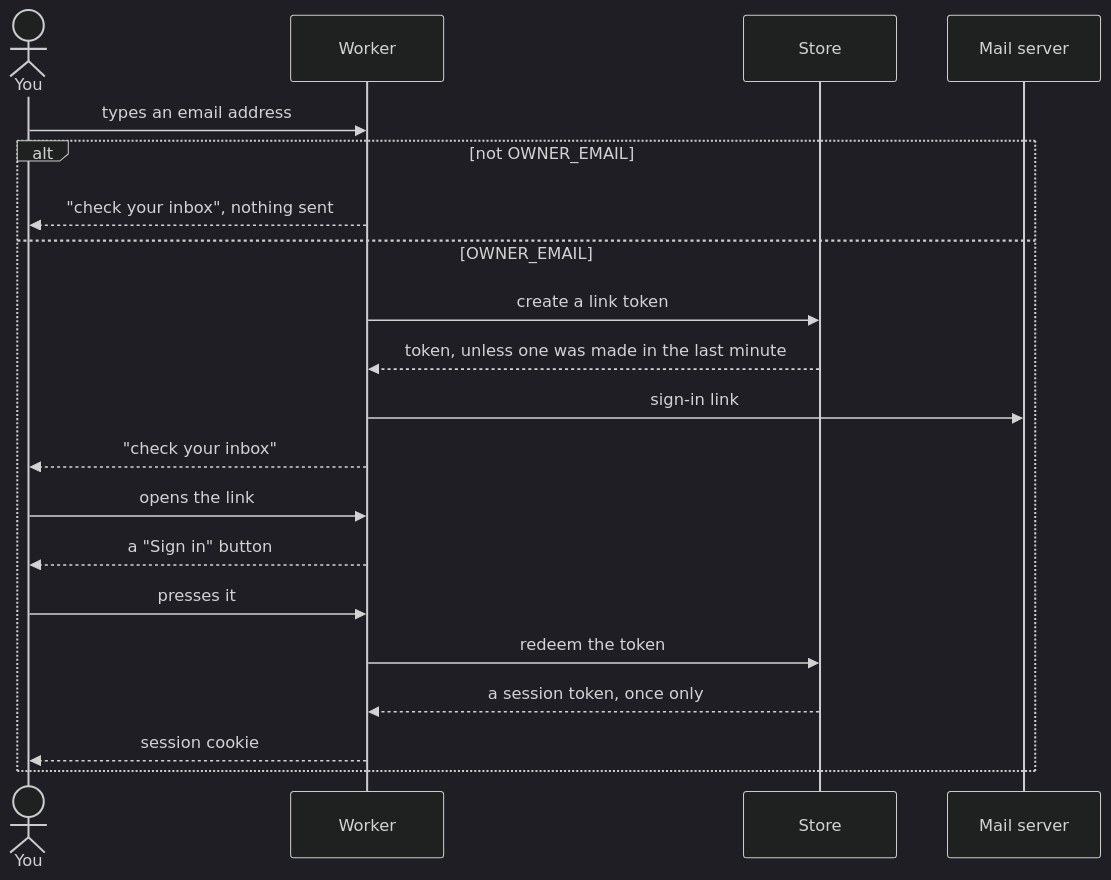
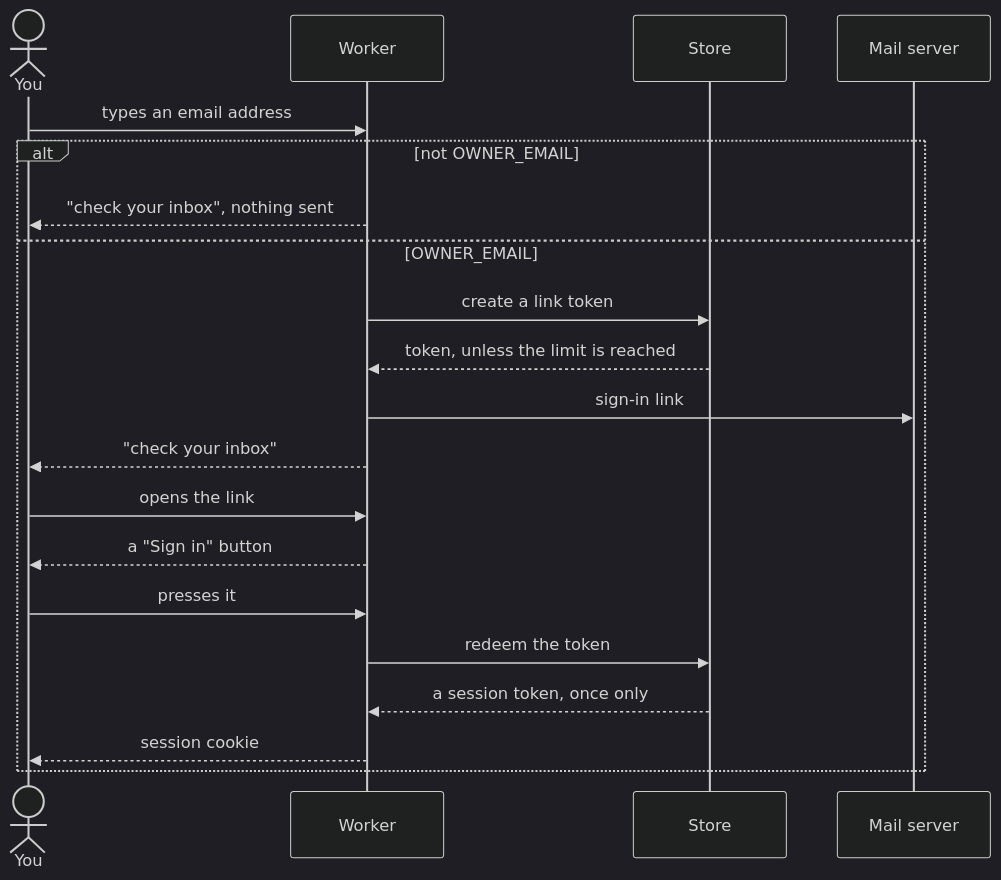
Before and after one commit to M-DEV-1/someday: the second of 3 diagrams in docs/architecture.md, drawn with Mermaid (dark theme). The commit also changed other lines of this file, not shown here.

Commit message:
docs: settings, nonce csp and delivery failures in architecture

````diff
--- a/docs/architecture.md
+++ b/docs/architecture.md
@@ -37,23 +38,23 @@
 ```mermaid
 sequenceDiagram
   actor U as You
   participant W as Worker
   participant S as Store
   participant M as Mail server
 
   U->>W: types an email address
   alt not OWNER_EMAIL
     W-->>U: "check your inbox", nothing sent
   else OWNER_EMAIL
     W->>S: create a link token
-    S-->>W: token, unless one was made in the last minute
+    S-->>W: token, unless the limit is reached
     W->>M: sign-in link
     W-->>U: "check your inbox"
     U->>W: opens the link
     W-->>U: a "Sign in" button
     U->>W: presses it
     W->>S: redeem the token
     S-->>W: a session token, once only
     W-->>U: session cookie
   end
 ```
````
